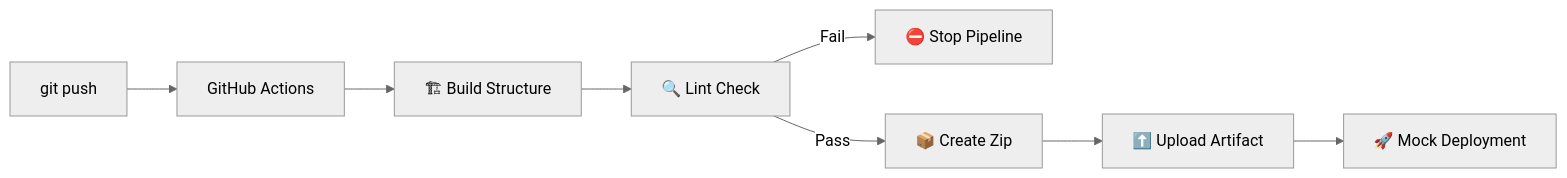
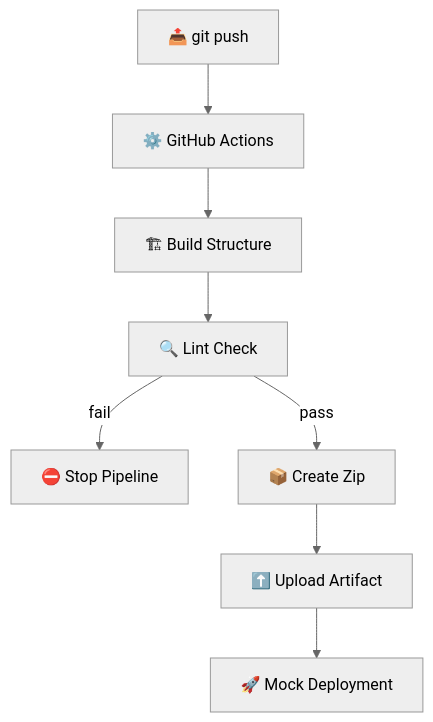
The fourth of 5 diagrams in README.md (SunnyJayaRaju/Apigee-Lab), drawn with Mermaid (neutral theme) before and after one commit. The commit also changed other lines of this file, not shown here.

Commit message:
Make diagrams readable on small screens

````diff
--- a/README.md
+++ b/README.md
@@ -425,12 +372,10 @@
 ```mermaid
-graph LR
-    Push[git push] --> GitHub[GitHub Actions]
-    GitHub --> Build[🏗 Build Structure]
-    Build --> Lint[🔍 Lint Check]
-    
-    Lint -- Fail --> Stop[⛔️ Stop Pipeline]
-    Lint -- Pass --> Zip[📦 Create Zip]
-    
-    Zip --> Upload[⬆️ Upload Artifact]
-    Upload --> Deploy[🚀 Mock Deployment]
+flowchart TD
+  A["📤 git push"] --> B["⚙️ GitHub Actions"]
+  B --> C["🏗 Build Structure"]
+  C --> D["🔍 Lint Check"]
+  D -->|"fail"| E["⛔️ Stop Pipeline"]
+  D -->|"pass"| F["📦 Create Zip"]
+  F --> G["⬆️ Upload Artifact"]
+  G --> H["🚀 Mock Deployment"]
 ```
````
